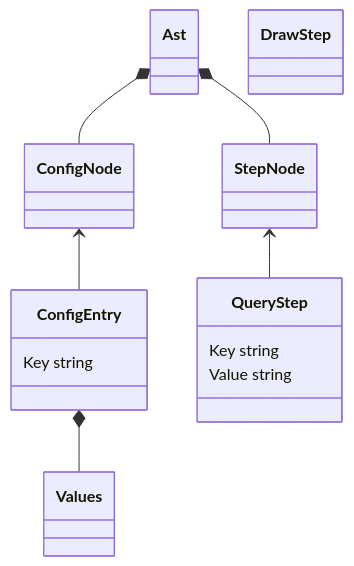
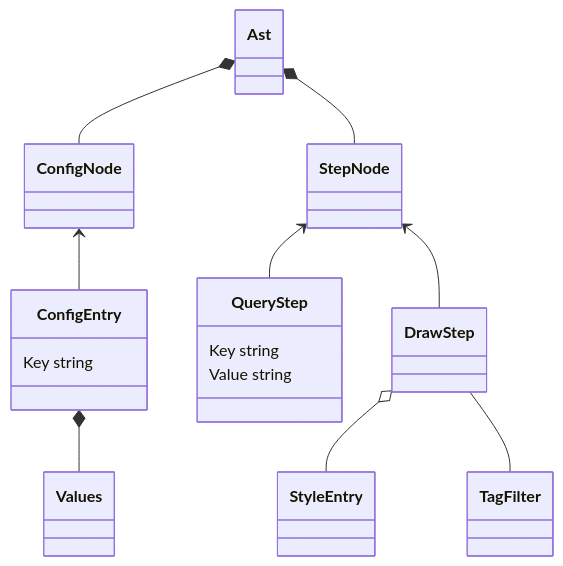
Before and after one commit to jepoen/screencasts: the diagram in osm/05-parser/README.md, drawn with Mermaid. The commit also changed 5 other files, not shown here.

```diff
--- a/osm/05-parser/README.md
+++ b/osm/05-parser/README.md
@@ -164,25 +164,31 @@
 ~~~mermaid
 classDiagram
 
 Ast *-- ConfigNode
 
 Ast *-- StepNode
 
 ConfigNode <-- ConfigEntry
 
 class ConfigEntry{
   Key string
 }
 
 ConfigEntry *-- Values
 
 StepNode <-- QueryStep
 
 class QueryStep {
       Key string
       Value string
 }
 
+StepNode <-- DrawStep
+
+DrawStep o-- StyleEntry
+
+DrawStep -- TagFilter
+
 class DrawStep
 
 ~~~
```
